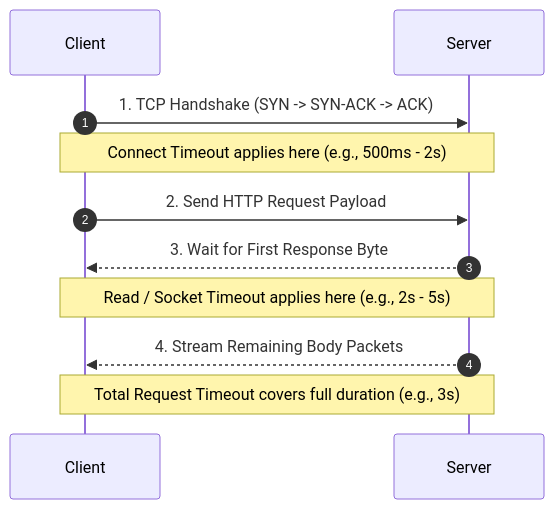
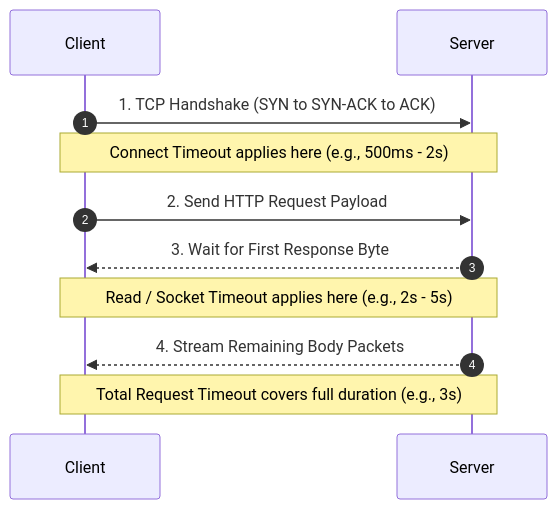
Before and after one commit to rohithgowda18/Notes: the second of 9 diagrams in 07-Backend-Engineering/Error Handling and Building Fault Tolerant Systems.md, drawn with Mermaid. The commit also changed other lines of this file and 15 other files, not shown here.

Commit message:
docs: audit Mermaid diagrams, optimize side-by-side layouts, and deduplicate DBMS advanced notes

````diff
--- a/07-Backend-Engineering/Error Handling and Building Fault Tolerant Systems.md
+++ b/07-Backend-Engineering/Error Handling and Building Fault Tolerant Systems.md
@@ -70,11 +70,11 @@
 ```mermaid
 sequenceDiagram
     autonumber
-    Client->>Server: 1. TCP Handshake (SYN -> SYN-ACK -> ACK)
+    Client->>Server: 1. TCP Handshake (SYN to SYN-ACK to ACK)
     Note over Client,Server: Connect Timeout applies here (e.g., 500ms - 2s)
     Client->>Server: 2. Send HTTP Request Payload
     Server-->>Client: 3. Wait for First Response Byte
     Note over Client,Server: Read / Socket Timeout applies here (e.g., 2s - 5s)
     Server-->>Client: 4. Stream Remaining Body Packets
     Note over Client,Server: Total Request Timeout covers full duration (e.g., 3s)
 ```
````
